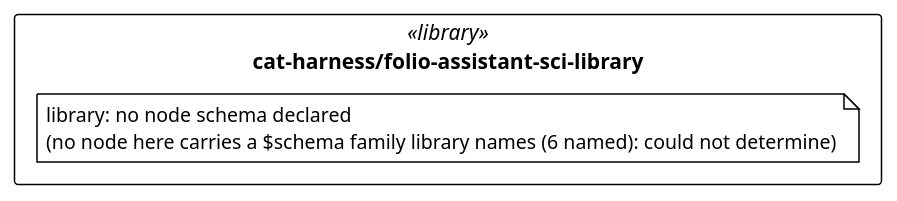
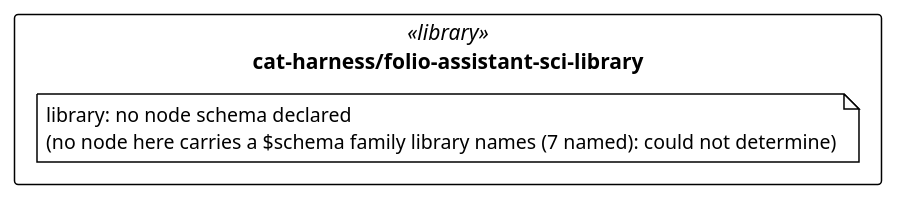
The diagram in cat-harness/uml/overview/cat-harness/folio-assistant-sci-library.puml (litlfred/folio-assistant), drawn with PlantUML before and after one commit. The commit also changed 55 other files, not shown here.

```diff
--- a/cat-harness/uml/overview/cat-harness/folio-assistant-sci-library.puml
+++ b/cat-harness/uml/overview/cat-harness/folio-assistant-sci-library.puml
@@ -3,13 +3,13 @@
 @startuml cat_harness_folio_assistant_sci_library
 !pragma layout elk
 !theme plain
 skinparam classAttributeIconSize 0
 skinparam shadowing false
 skinparam packageStyle rectangle
 hide empty methods
 
 package "cat-harness/folio-assistant-sci-library" as pkg_cat_harness_folio_assistant_sci_library <<library>> {
-  note "library: no node schema declared\n(no node here carries a $schema family library names (6 named): could not determine)" as n_cat_harness_folio_assistant_sci_library_library
+  note "library: no node schema declared\n(no node here carries a $schema family library names (7 named): could not determine)" as n_cat_harness_folio_assistant_sci_library_library
 }
 
 @enduml
```
